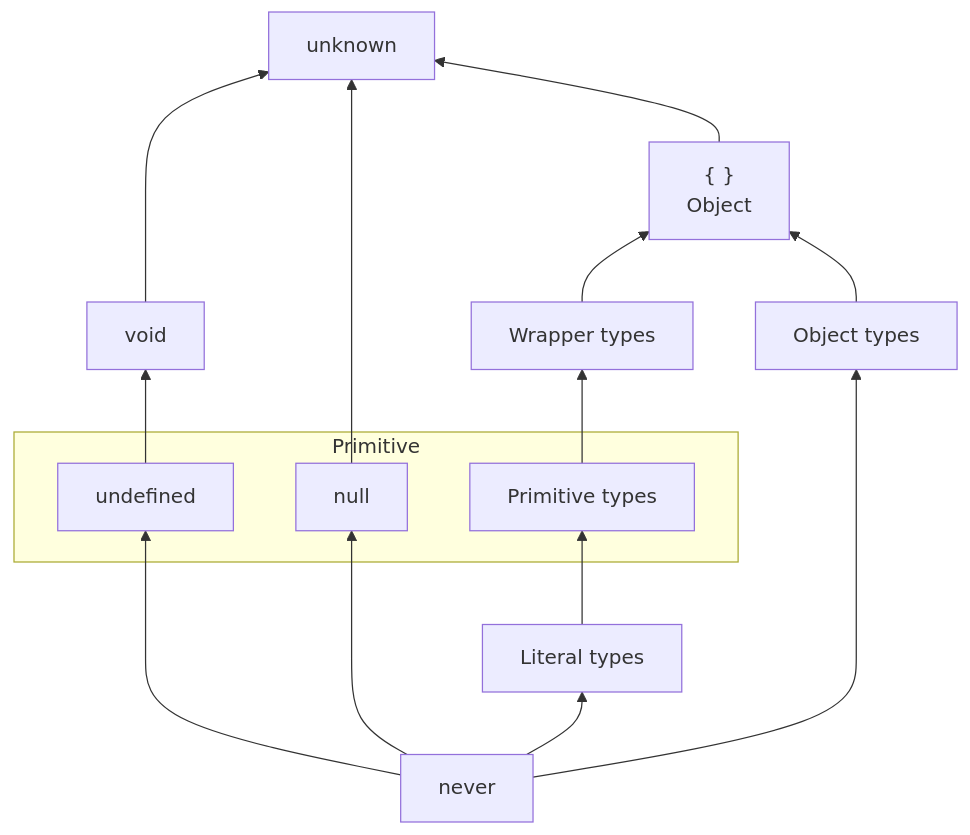
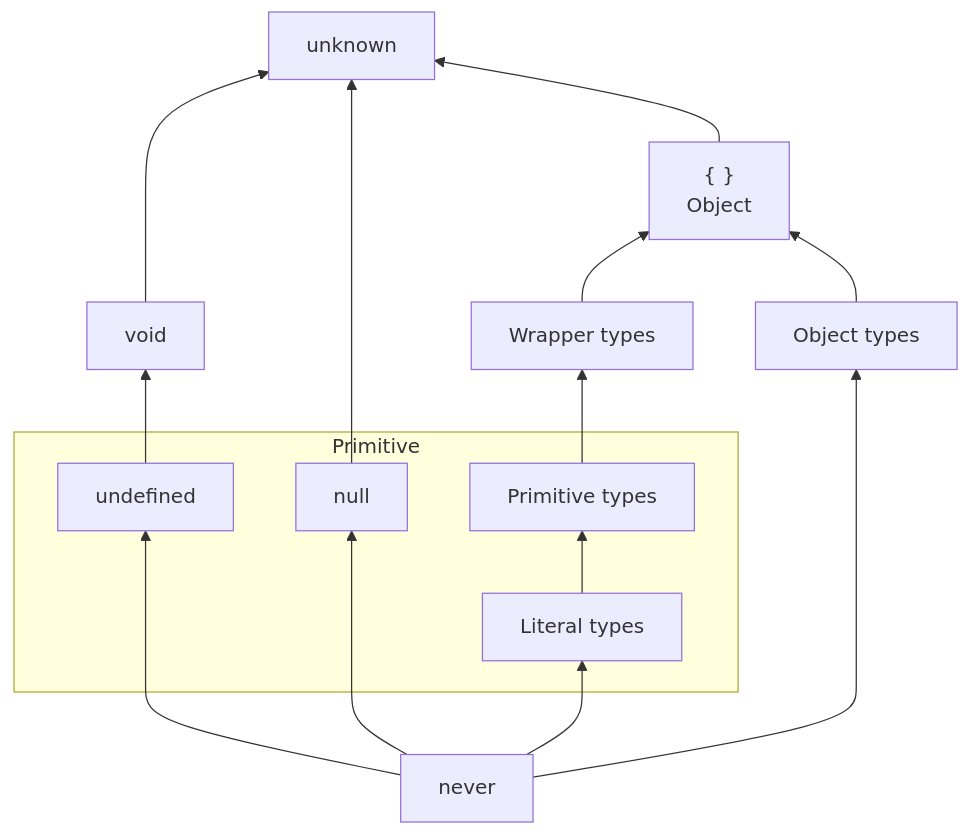
One commit to yo-goto/zenn-public-repo changed the fifth of 16 diagrams in books/ts-algebraic-models/7-2-tam-lattice-theoretic-model-2.md. Above: the diagram before and after it, drawn with Mermaid. The commit also changed other lines of this file and 2 other files, not shown here.

````diff
--- a/books/ts-algebraic-models/7-2-tam-lattice-theoretic-model-2.md
+++ b/books/ts-algebraic-models/7-2-tam-lattice-theoretic-model-2.md
@@ -115,20 +115,21 @@
 ```mermaid
 graph BT
   U[unknown]
   N[never]
   V[void]
   O["{ }\n Object"]
   W[Wrapper types]
   L[Literal types]
   subgraph Primitive
     u[undefined]
     n[null]
+    L
     P[Primitive types]
   end
   objs[Object types]
   N --> u --> V --> U
   N --> n --> U
   N --> L --> P --> W --> O
   N --> objs --> O
   O --> U
 ```
````
